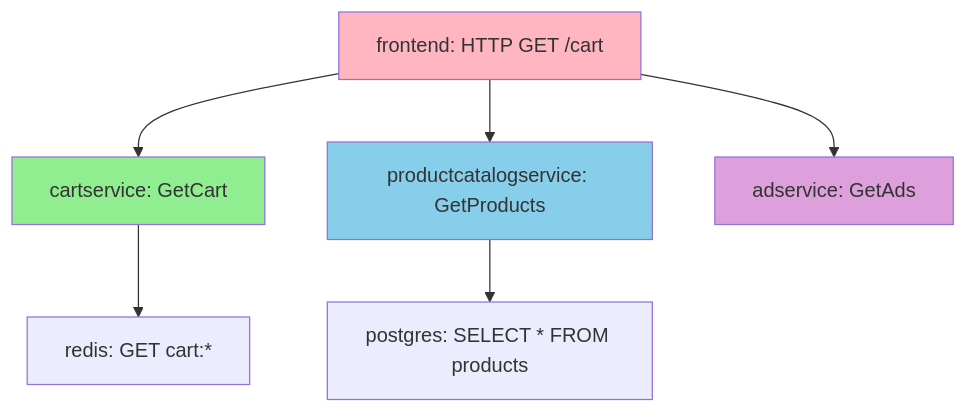
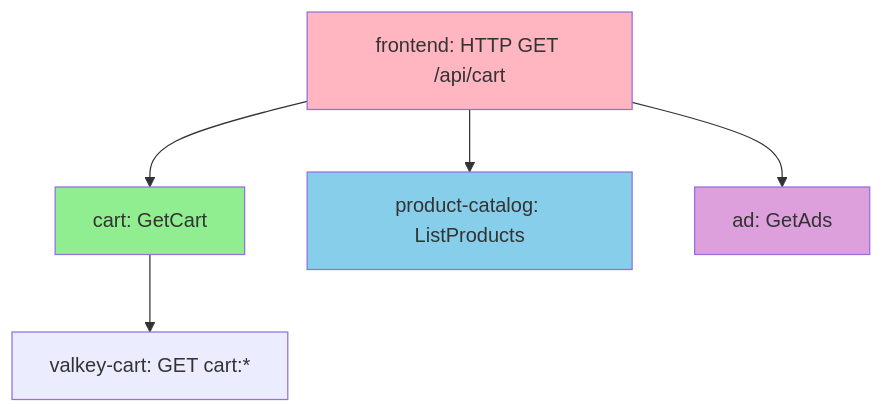
Before and after one commit to OneUptime/blog: the diagram in posts/2026-02-06-opentelemetry-demo-application-learning/README.md, drawn with Mermaid. The commit also changed other lines of this file and 2 other files, not shown here.

````diff
--- a/posts/2026-02-06-opentelemetry-demo-application-learning/README.md
+++ b/posts/2026-02-06-opentelemetry-demo-application-learning/README.md
@@ -83,14 +97,13 @@
 ```mermaid
 graph TD
-    A[frontend: HTTP GET /cart] --> B[cartservice: GetCart]
-    A --> C[productcatalogservice: GetProducts]
-    A --> D[adservice: GetAds]
+    A[frontend: HTTP GET /api/cart] --> B[cart: GetCart]
+    A --> C[product-catalog: ListProducts]
+    A --> D[ad: GetAds]
 
-    B --> E[redis: GET cart:*]
-    C --> F[postgres: SELECT * FROM products]
+    B --> E[valkey-cart: GET cart:*]
 
     style A fill:#FFB6C1
     style B fill:#90EE90
     style C fill:#87CEEB
     style D fill:#DDA0DD
 ```
````
